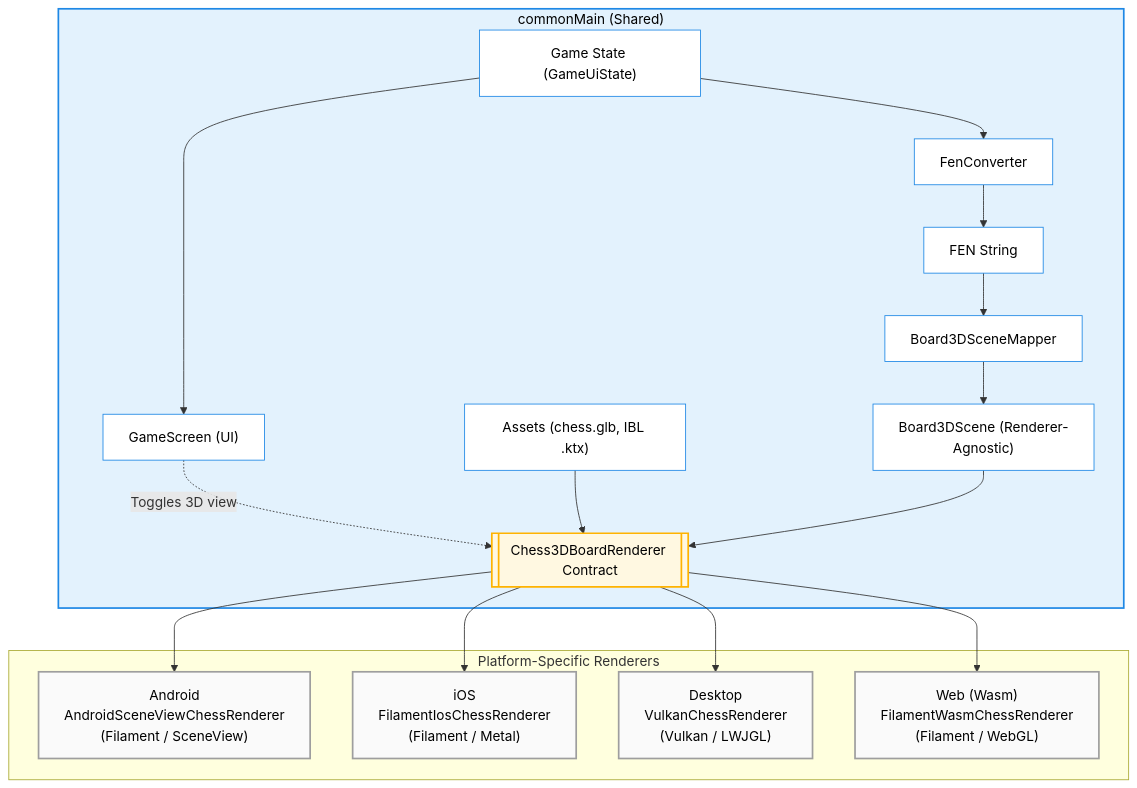
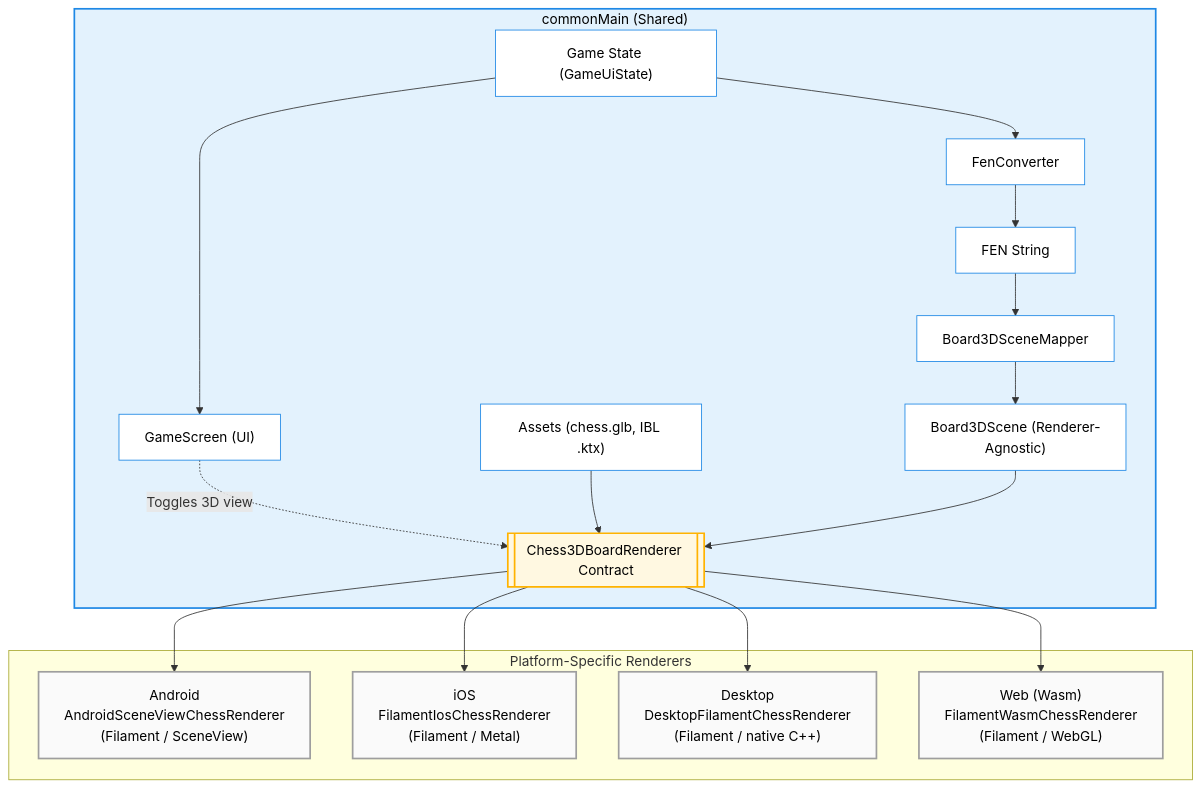
The diagram in README.md (ber4444/compose-multiplatform-chess), drawn with Mermaid before and after one commit. The commit also changed other lines of this file and 43 other files, not shown here.

First line of the commit message:
Replace desktop Vulkan 3D backend with headless Filament (#62)

````diff
--- a/README.md
+++ b/README.md
@@ -41,36 +41,36 @@
 ```mermaid
 graph TD
     subgraph commonMain ["commonMain (Shared)"]
         GS["Game State (GameUiState)"] --> GameScreen["GameScreen (UI)"]
         GS --> FC["FenConverter"]
         
         FC --> FEN["FEN String"]
         FEN --> BM["Board3DSceneMapper"]
         BM --> B3S["Board3DScene (Renderer-Agnostic)"]
         
         GameScreen -. "Toggles 3D view" .-> Renderer
         
         Assets["Assets (chess.glb, IBL .ktx)"] --> Renderer
         B3S --> Renderer
         
         Renderer[["Chess3DBoardRenderer Contract"]]
     end
     
     subgraph Platforms ["Platform-Specific Renderers"]
         Renderer --> Android["Android<br>AndroidSceneViewChessRenderer<br>(Filament / SceneView)"]
         Renderer --> iOS["iOS<br>FilamentIosChessRenderer<br>(Filament / Metal)"]
-        Renderer --> Desktop["Desktop<br>VulkanChessRenderer<br>(Vulkan / LWJGL)"]
+        Renderer --> Desktop["Desktop<br>DesktopFilamentChessRenderer<br>(Filament / native C++)"]
         Renderer --> Web["Web (Wasm)<br>FilamentWasmChessRenderer<br>(Filament / WebGL)"]
     end
 
     %% Styling
     classDef common fill:#e3f2fd,stroke:#1e88e5,stroke-width:2px,color:#000;
     classDef state fill:#ffffff,stroke:#1e88e5,stroke-width:1px,color:#000;
     classDef contract fill:#fff8e1,stroke:#ffb300,stroke-width:2px,color:#000;
     classDef platform fill:#fafafa,stroke:#9e9e9e,stroke-width:2px,color:#000;
     
     class commonMain common;
     class GS,GameScreen,FC,FEN,BM,B3S,Assets state;
     class Renderer contract;
     class Android,iOS,Desktop,Web platform;
 ```
````
